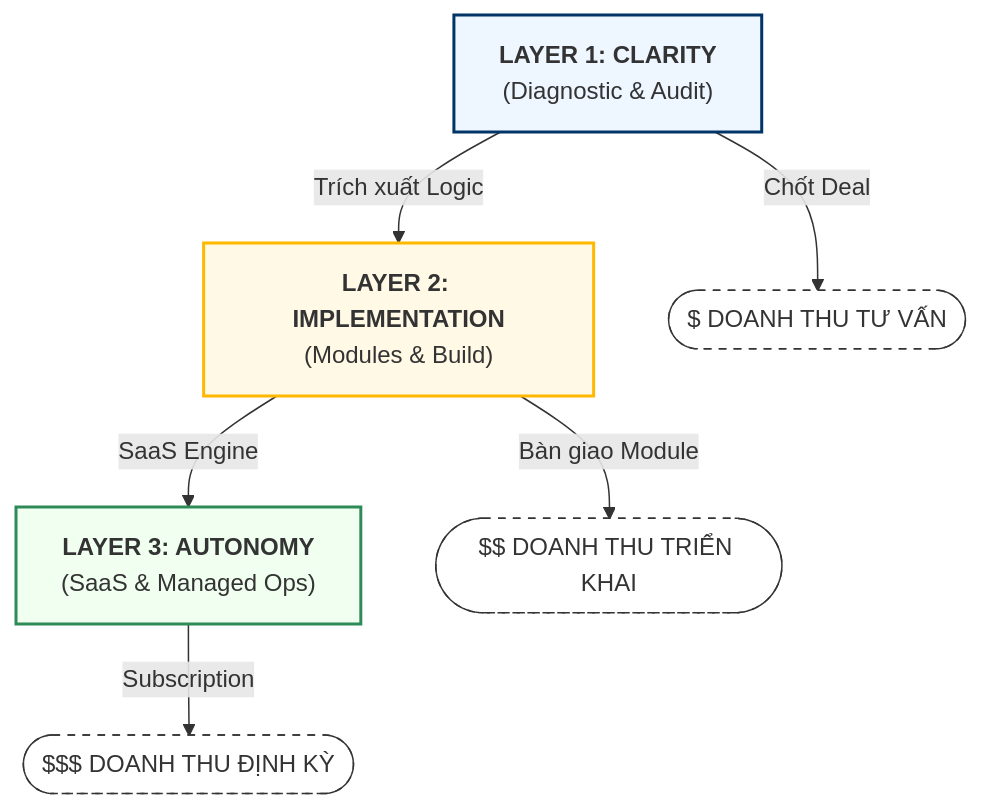
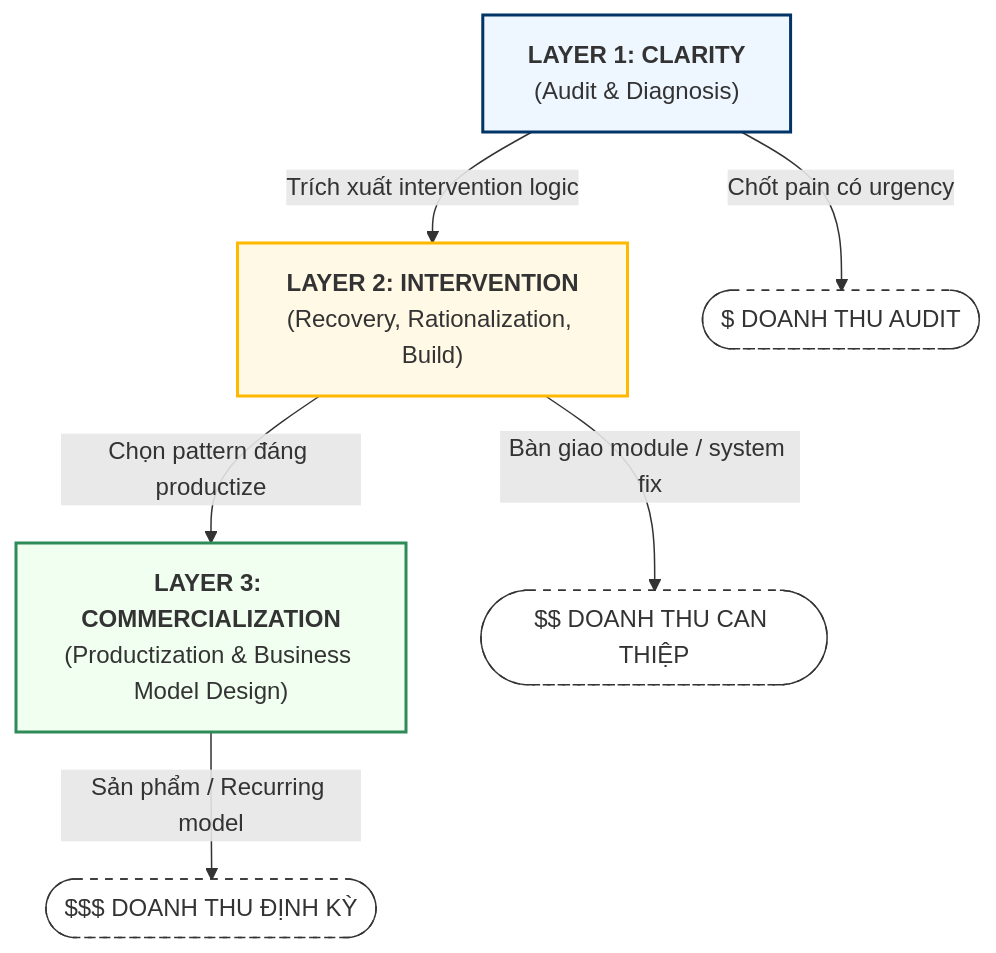
Before and after one commit to Link-Strategy/Link_Stategy_Development_System: the diagram in .LinkStrategy/00_BLUEPRINT_Link Strategy.md, drawn with Mermaid. The commit also changed other lines of this file and 13 other files, not shown here.

````diff
--- a/.LinkStrategy/00_BLUEPRINT_Link Strategy.md
+++ b/.LinkStrategy/00_BLUEPRINT_Link Strategy.md
@@ -38,25 +27,25 @@
 ```mermaid
 graph TD
-    L1["<b>LAYER 1: CLARITY</b><br/>(Diagnostic & Audit)"]
-    L2["<b>LAYER 2: IMPLEMENTATION</b><br/>(Modules & Build)"]
-    L3["<b>LAYER 3: AUTONOMY</b><br/>(SaaS & Managed Ops)"]
+    L1["<b>LAYER 1: CLARITY</b><br/>(Audit & Diagnosis)"]
+    L2["<b>LAYER 2: INTERVENTION</b><br/>(Recovery, Rationalization, Build)"]
+    L3["<b>LAYER 3: COMMERCIALIZATION</b><br/>(Productization & Business Model Design)"]
 
-    R1([$ DOANH THU TƯ VẤN])
-    R2([$$ DOANH THU TRIỂN KHAI])
+    R1([$ DOANH THU AUDIT])
+    R2([$$ DOANH THU CAN THIỆP])
     R3([$$$ DOANH THU ĐỊNH KỲ])
 
-    L1 --> |"Chốt Deal"| R1
-    L1 --> |"Trích xuất Logic"| L2
-  
-    L2 --> |"Bàn giao Module"| R2
-    L2 --> |"SaaS Engine"| L3
-  
-    L3 --> |"Subscription"| R3
+    L1 --> |"Chốt pain có urgency"| R1
+    L1 --> |"Trích xuất intervention logic"| L2
+
+    L2 --> |"Bàn giao module / system fix"| R2
+    L2 --> |"Chọn pattern đáng productize"| L3
+
+    L3 --> |"Sản phẩm / Recurring model"| R3
 
     style L1 fill:#eef6ff,stroke:#003366,stroke-width:2px
     style L2 fill:#fff9e6,stroke:#ffb800,stroke-width:2px
     style L3 fill:#f0fff0,stroke:#2e8b57,stroke-width:2px
     style R1 fill:#fff,stroke:#333,stroke-dasharray: 5 5
     style R2 fill:#fff,stroke:#333,stroke-dasharray: 5 5
     style R3 fill:#fff,stroke:#333,stroke-dasharray: 5 5
 ```
````
